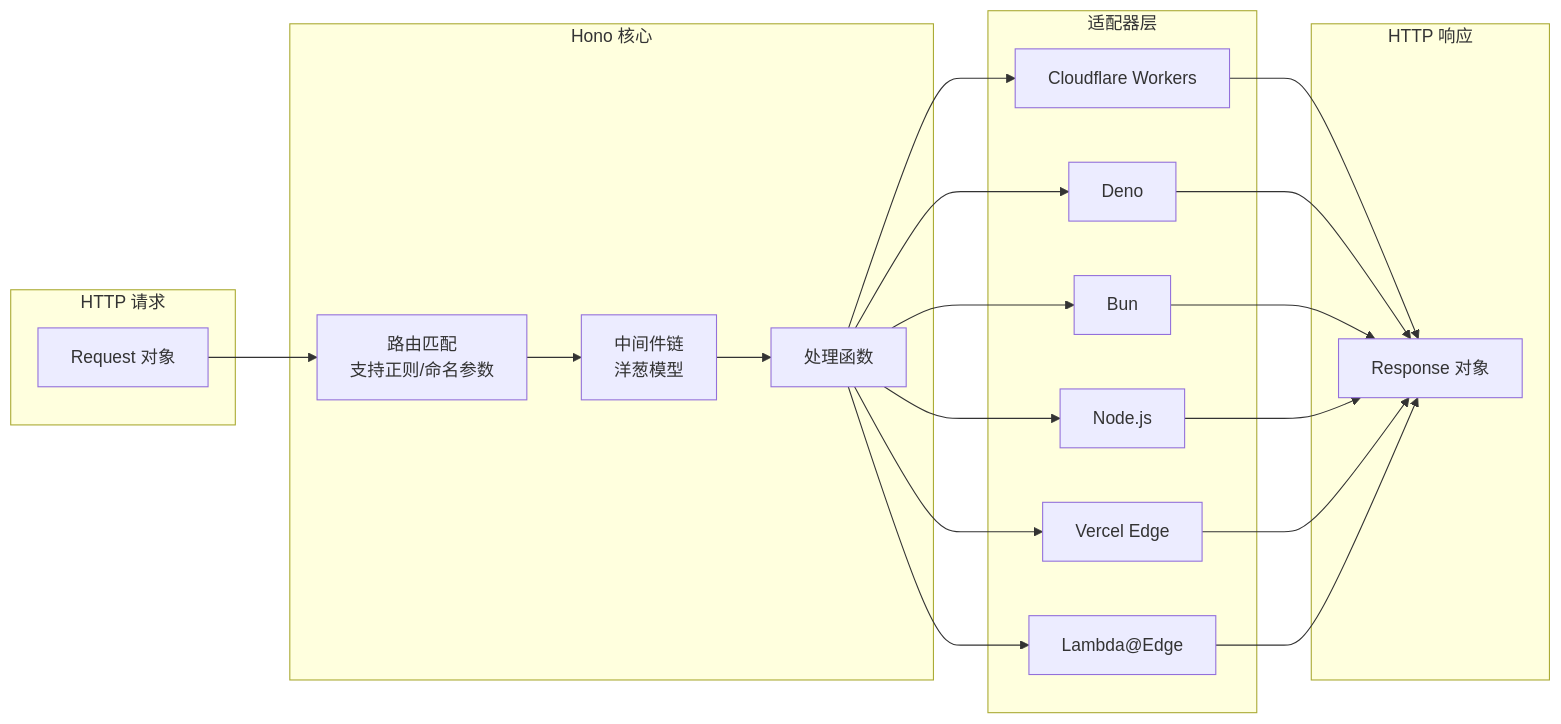
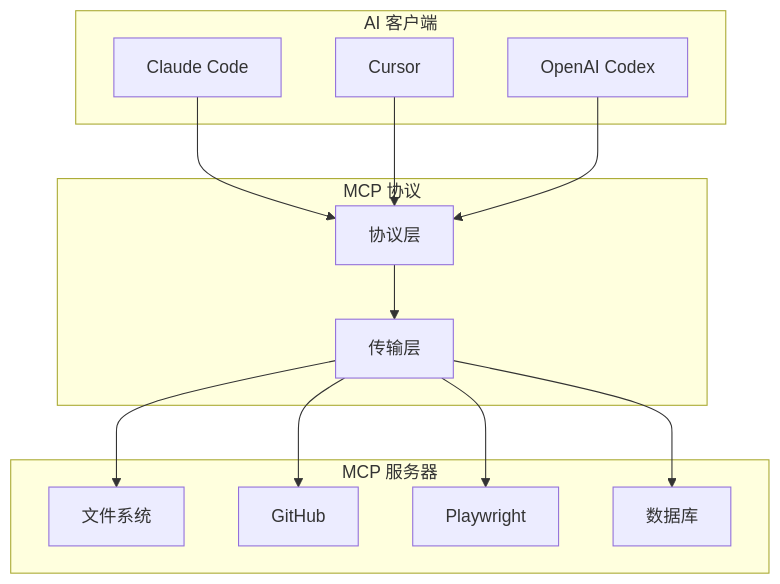
The fourth of 21 diagrams in docs/open-source/trending.md (Shyu-x/frontend-interview), drawn with Mermaid before and after one commit. The commit also changed other lines of this file, not shown here.

````diff
--- a/docs/open-source/trending.md
+++ b/docs/open-source/trending.md
@@ -291,27 +586,24 @@
 ```mermaid
-flowchart LR
-    subgraph 请求["HTTP 请求"]
-        R1[Request 对象]
+flowchart TB
+    subgraph AI["AI 客户端"]
+        CC[Claude Code]
+        CUR[Cursor]
+        OAI[OpenAI Codex]
     end
 
-    subgraph 核心层["Hono 核心"]
-        RT[路由匹配<br/>支持正则/命名参数]
-        MW[中间件链<br/>洋葱模型]
-        HT[处理函数]
+    subgraph MCP["MCP 协议"]
+        PROTO[协议层]
+        TRANSPORT[传输层]
     end
 
-    subgraph 适配器["适配器层"]
-        CF[Cloudflare Workers]
-        DN[Deno]
-        BN[Bun]
-        ND[Node.js]
-        VL[Vercel Edge]
-        LN["Lambda@Edge"]
+    subgraph 服务器["MCP 服务器"]
+        FS[文件系统]
+        GH[GitHub]
+        PG[Playwright]
+        DB[数据库]
     end
 
-    subgraph 响应["HTTP 响应"]
-        R2[Response 对象]
-    end
-
-    R1 --> RT --> MW --> HT --> CF & DN & BN & ND & VL & LN --> R2
+    CC & CUR & OAI --> PROTO
+    PROTO --> TRANSPORT
+    TRANSPORT --> FS & GH & PG & DB
 ```
````
